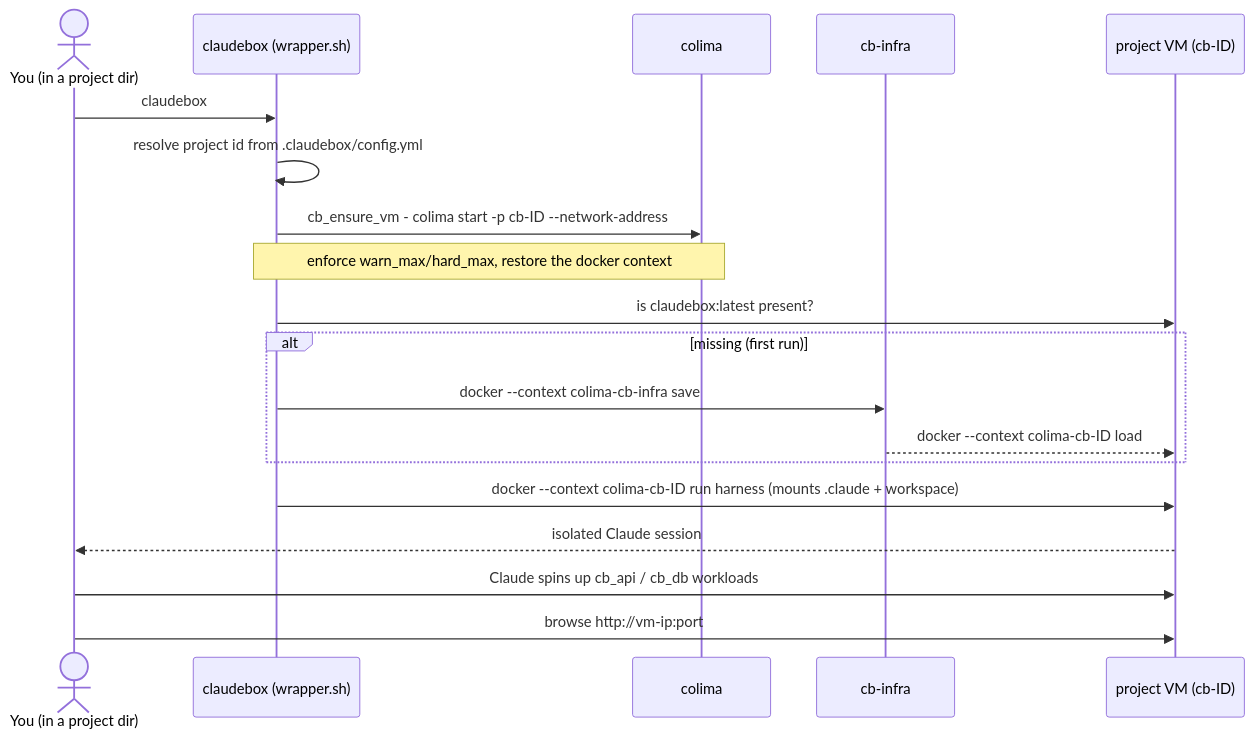
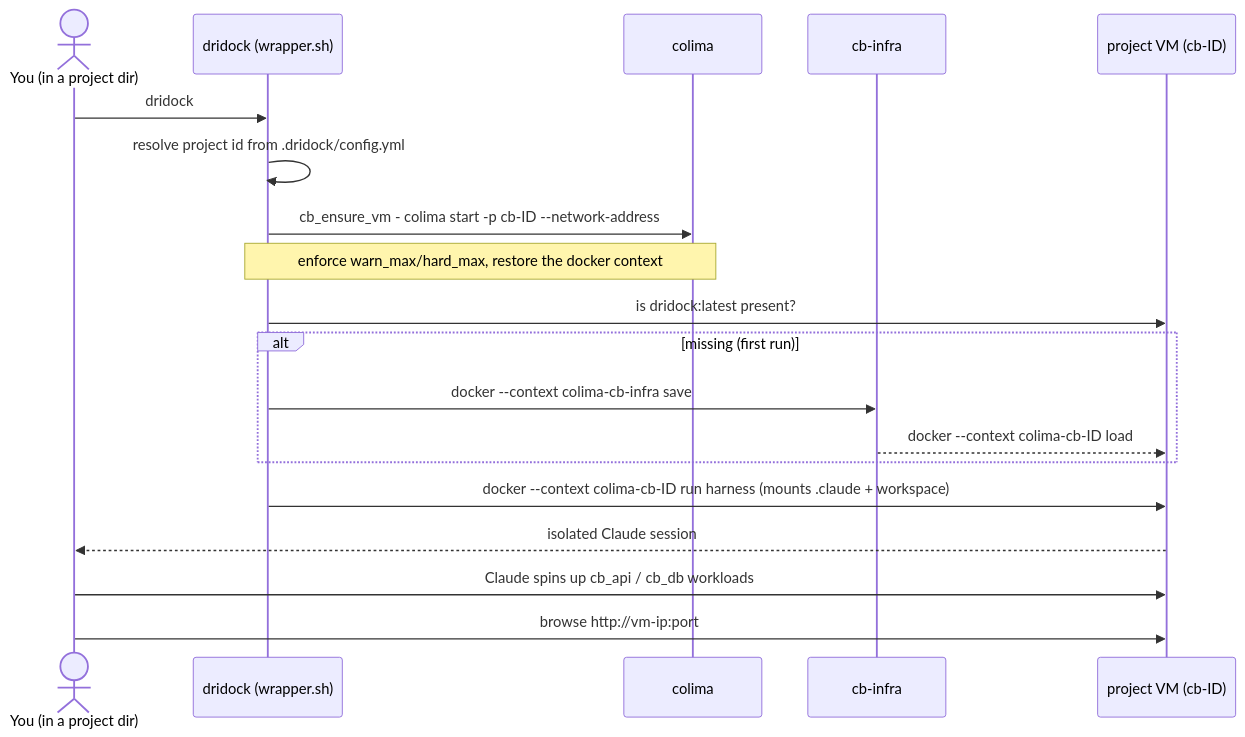
One commit to aberezin/docker-claudebox changed the second of 2 diagrams in docs/design/per-project-vm.md. Above: the diagram before and after it, drawn with Mermaid. The commit also changed other lines of this file and 34 other files, not shown here.

First line of the commit message:
docs(3.0): claudebox → dridock prose sweep + baked guidance (#11 phase 5)

````diff
--- a/docs/design/per-project-vm.md
+++ b/docs/design/per-project-vm.md
@@ -130,22 +132,22 @@
 ```mermaid
 sequenceDiagram
     actor U as You (in a project dir)
-    participant W as claudebox (wrapper.sh)
+    participant W as dridock (wrapper.sh)
     participant C as colima
     participant I as cb-infra
     participant V as project VM (cb-ID)
 
-    U->>W: claudebox
-    W->>W: resolve project id from .claudebox/config.yml
+    U->>W: dridock
+    W->>W: resolve project id from .dridock/config.yml
     W->>C: cb_ensure_vm - colima start -p cb-ID --network-address
     Note over W,C: enforce warn_max/hard_max, restore the docker context
-    W->>V: is claudebox:latest present?
+    W->>V: is dridock:latest present?
     alt missing (first run)
         W->>I: docker --context colima-cb-infra save
         I-->>V: docker --context colima-cb-ID load
     end
     W->>V: docker --context colima-cb-ID run harness (mounts .claude + workspace)
     V-->>U: isolated Claude session
     U->>V: Claude spins up cb_api / cb_db workloads
     U->>V: browse http://vm-ip:port
 ```
````
